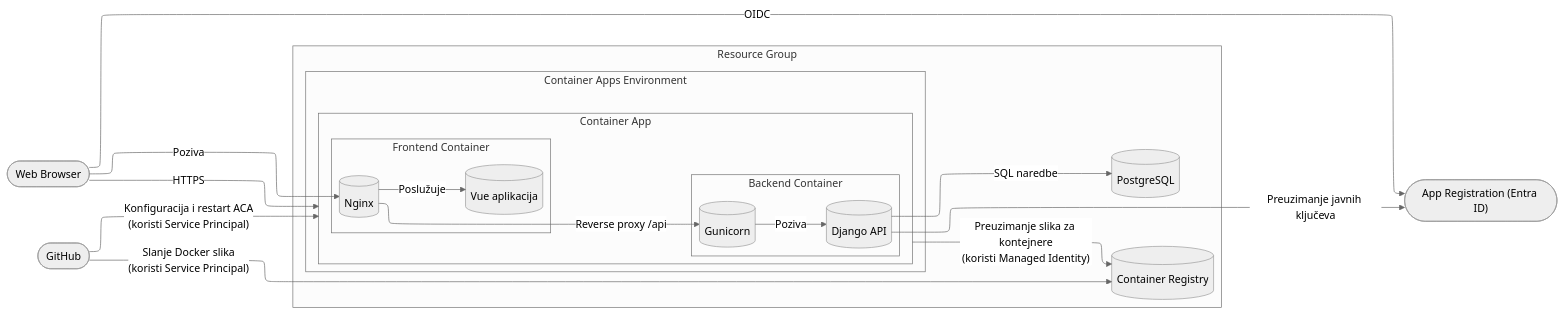
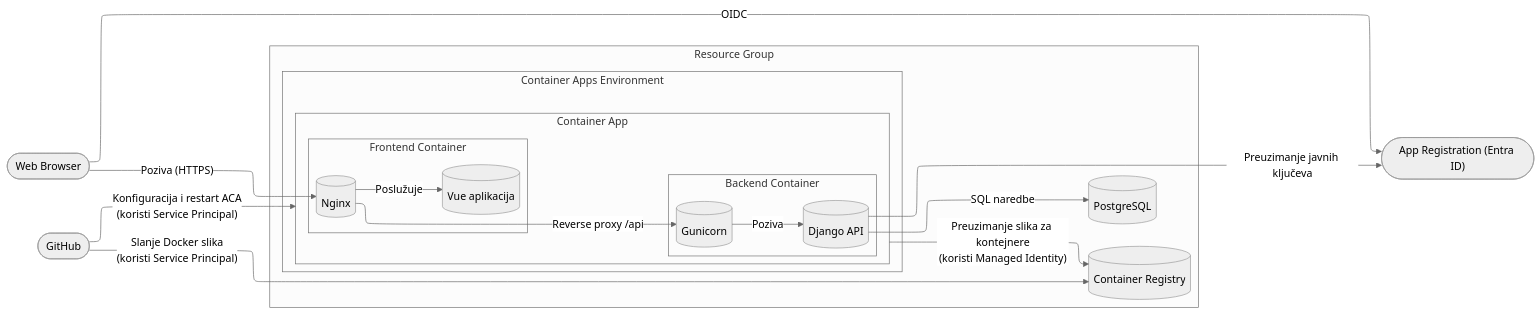
The diagram in rgks/02/README.md (luka-mikec/pmf-materijali), drawn with Mermaid before and after one commit.

````diff
--- a/rgks/02/README.md
+++ b/rgks/02/README.md
@@ -1130,42 +1130,41 @@
 ```mermaid
 ---
 config:
   layout: elk
   theme: neutral
 ---
 %% scale: 0.95
 graph LR
     User(["Web Browser"])
     GH([GitHub])
     AR(["App Registration (Entra ID)"])
 
     subgraph RG["Resource Group"]
         direction LR
         ACR[("Container Registry")]
         subgraph ACAenv["Container Apps Environment"]
             subgraph ACA["Container App"]
                 subgraph frontend["Frontend Container"]
                     nginx[(Nginx)]
                     vue[("Vue aplikacija")]
                 end
                 subgraph backend["Backend Container"]
                     gunicorn[(Gunicorn)]
                     django[("Django API")]
                 end 
             end
         end
         PG[(PostgreSQL)]
     end
 
-    User -->|HTTPS| ACA
     User -->|OIDC| AR
     ACA -->|"Preuzimanje slika za kontejnere<br/>(koristi Managed Identity)"| ACR
     django -->|"Preuzimanje javnih ključeva"| AR
     django -->|SQL naredbe| PG
     gunicorn -->|Poziva| django
     nginx -->|Poslužuje| vue
     nginx -->|Reverse proxy /api| gunicorn
-    User -->|"Poziva"| nginx
+    User -->|"Poziva (HTTPS)"| nginx
     GH -->|"Slanje Docker slika<br/>(koristi Service Principal)"| ACR
     GH -->|"Konfiguracija i restart ACA<br/>(koristi Service Principal)"| ACA
 ```
````
